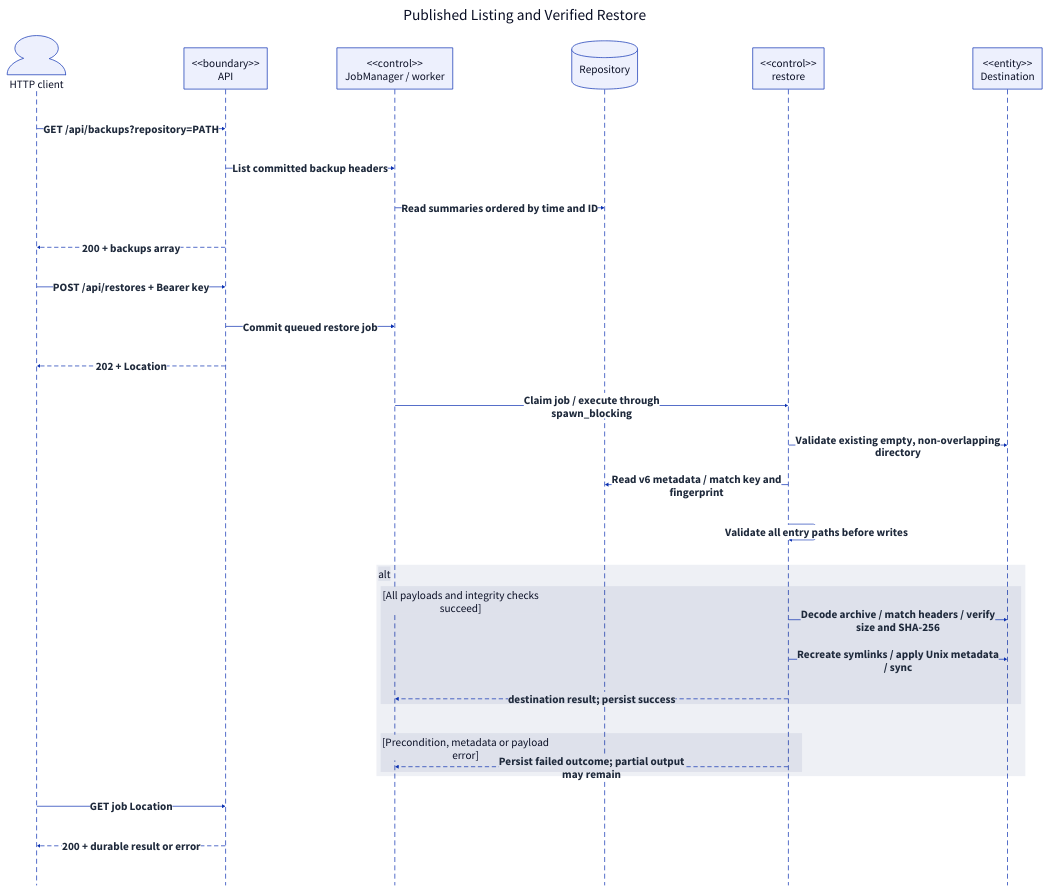
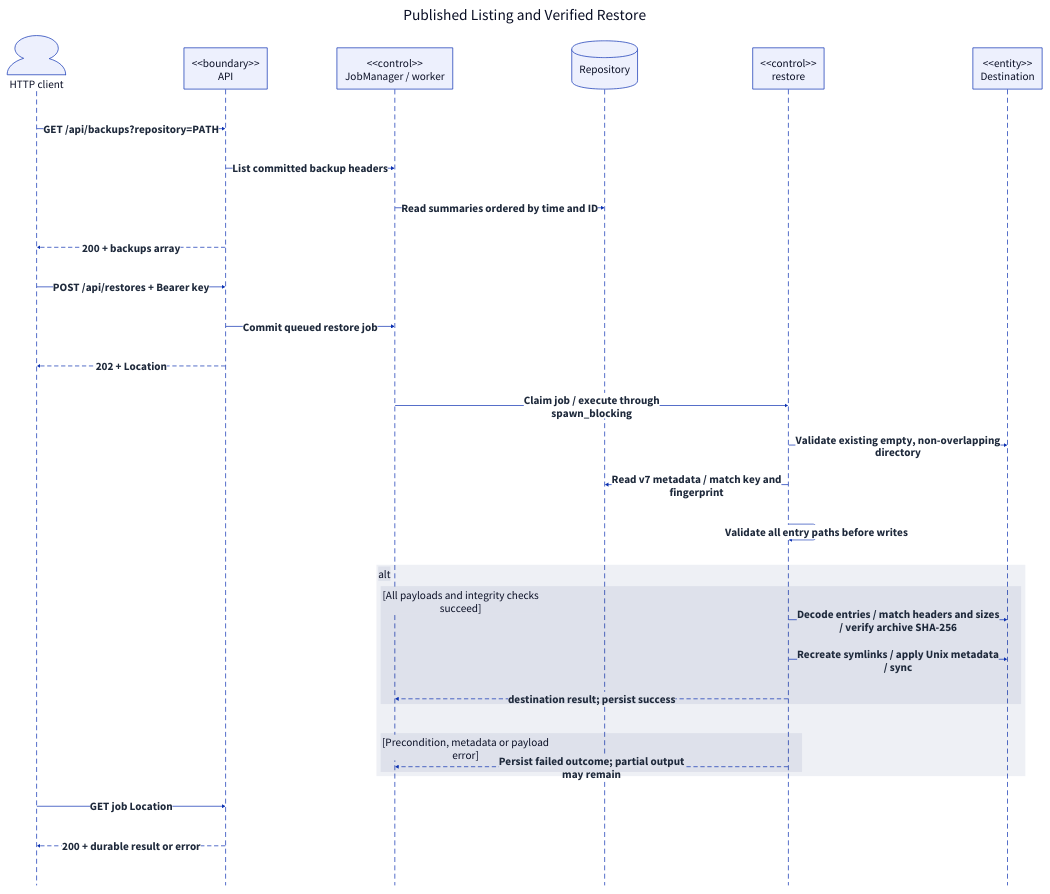
The diagram in docs/report/generated/system-sequence-restore.d2 (qi7876/software-development-exp), drawn with D2 before and after one commit. The commit also changed 17 other files, not shown here.

```diff
--- a/docs/report/generated/system-sequence-restore.d2
+++ b/docs/report/generated/system-sequence-restore.d2
@@ -1,41 +1,41 @@
 # Generated from docs/report/model.yaml; do not edit directly.
 direction: down
 **.style.font-size: 32
 (** -> **)[*].style: {font-size: 32; bold: true; italic: false; font-color: "#1E293B"}
 (** -- **)[*].style: {font-size: 32; bold: true; italic: false; font-color: "#1E293B"}
 (** <- **)[*].style: {font-size: 32; bold: true; italic: false; font-color: "#1E293B"}
 diagram: "Published Listing and Verified Restore" {
   style.font-size: 44
   style.fill: white
   style.stroke: transparent
   shape: sequence_diagram
   Client: "HTTP client" {shape: person}
   API: "<<boundary>>\nAPI" {shape: rectangle}
   Jobs: "<<control>>\nJobManager / worker" {shape: rectangle}
   Repo: "Repository" {shape: cylinder}
   Restore: "<<control>>\nrestore" {shape: rectangle}
   Dest: "<<entity>>\nDestination" {shape: rectangle}
   Client -> API: "GET /api/backups?repository=PATH"
   API -> Jobs: "List committed backup headers"
   Jobs -> Repo: "Read summaries ordered by time and ID"
   API -> Client: "200 + backups array" {style.stroke-dash: 5}
   Client -> API: "POST /api/restores + Bearer key"
   API -> Jobs: "Commit queued restore job"
   API -> Client: "202 + Location" {style.stroke-dash: 5}
   Jobs -> Restore: "Claim job / execute through\nspawn_blocking"
   Restore -> Dest: "Validate existing empty, non-overlapping\ndirectory"
-  Restore -> Repo: "Read v6 metadata / match key and\nfingerprint"
+  Restore -> Repo: "Read v7 metadata / match key and\nfingerprint"
   Restore -> Restore: "Validate all entry paths before writes"
   fragment_11: alt {
     branch_11: "[All payloads and integrity checks\nsucceed]" {
-      Restore -> Dest: "Decode archive / match headers / verify\nsize and SHA-256"
+      Restore -> Dest: "Decode entries / match headers and sizes\n/ verify archive SHA-256"
       Restore -> Dest: "Recreate symlinks / apply Unix metadata\n/ sync"
       Restore -> Jobs: "destination result; persist success" {style.stroke-dash: 5}
     }
     branch_15: "[Precondition, metadata or payload\nerror]" {
       Restore -> Jobs: "Persist failed outcome; partial output\nmay remain" {style.stroke-dash: 5}
     }
   }
   Client -> API: "GET job Location"
   API -> Client: "200 + durable result or error" {style.stroke-dash: 5}
 }
```
